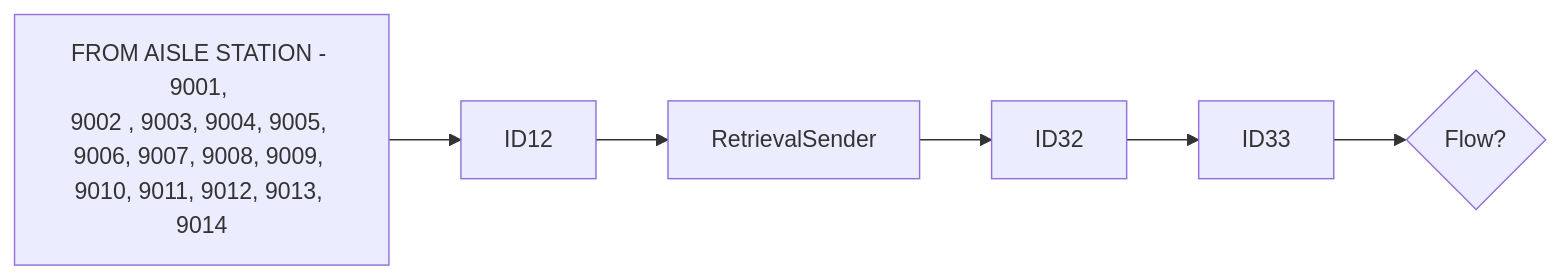
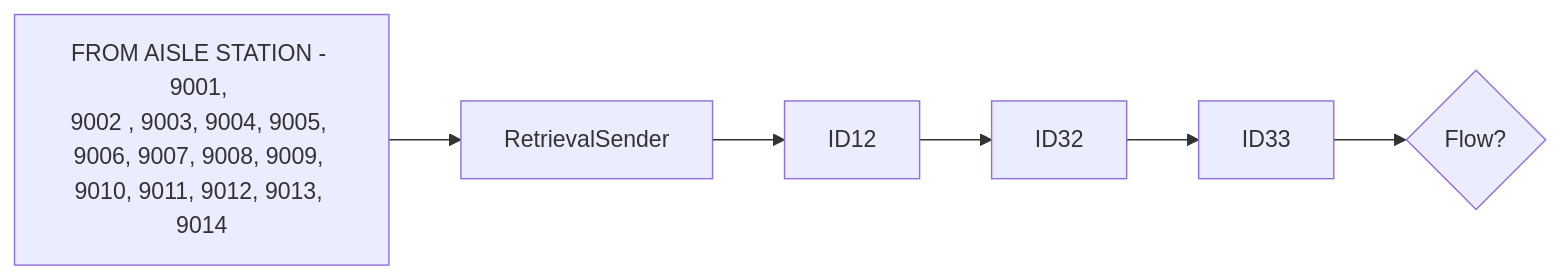
One commit to luthfiadityaa/SimeDarby-Wiki changed the first of 4 diagrams in Basic-Design/DFD-WMS/Retrieval/QC-Setting/Retrieval-for-QC-Start.md. Above: the diagram before and after it, drawn with Mermaid.

Commit message:
Updated Retrieval for QC Start

```diff
--- a/Basic-Design/DFD-WMS/Retrieval/QC-Setting/Retrieval-for-QC-Start.md
+++ b/Basic-Design/DFD-WMS/Retrieval/QC-Setting/Retrieval-for-QC-Start.md
@@ -5,9 +5,9 @@
 ::: mermaid
 flowchart LR
 
 P1[FROM AISLE STATION - 9001, 
 9002 , 9003, 9004, 9005, 
 9006, 9007, 9008, 9009, 
 9010, 9011, 9012, 9013, 
-9014]-->P21[ID12]-->P2[RetrievalSender]-->P3[ID32]-->P4[ID33]-->Cond1{Flow?} 
+9014]-->P2[RetrievalSender]-->P21[ID12]-->P3[ID32]-->P4[ID33]-->Cond1{Flow?} 
 :::
```
